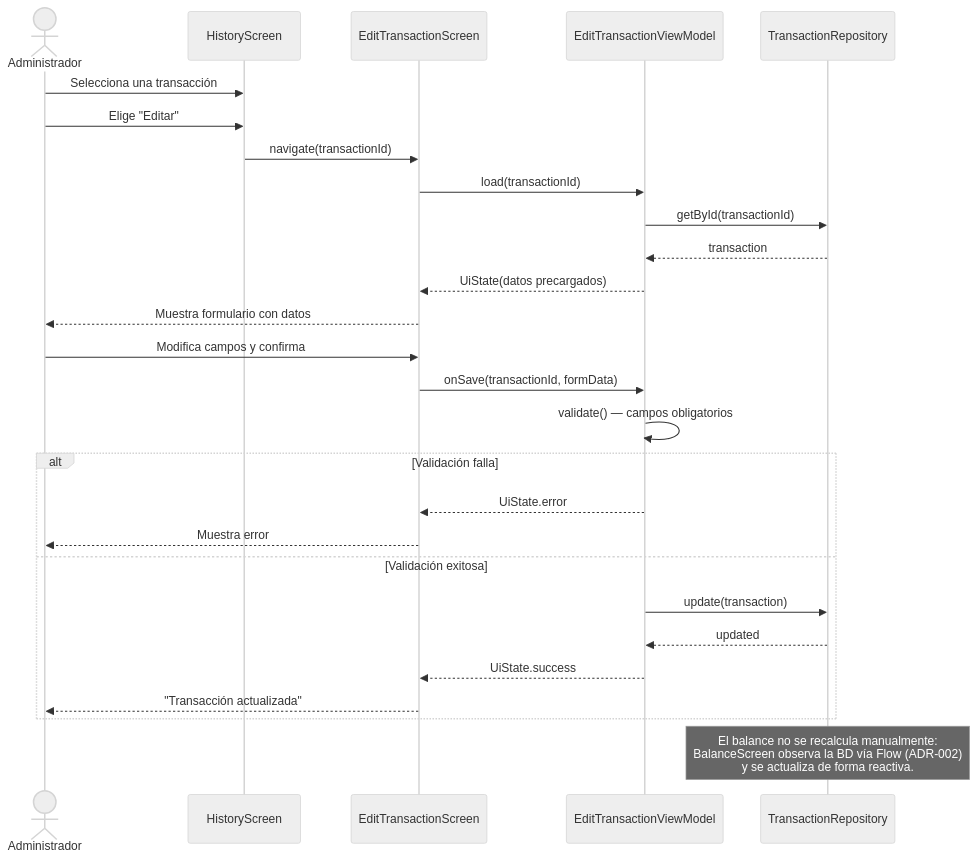
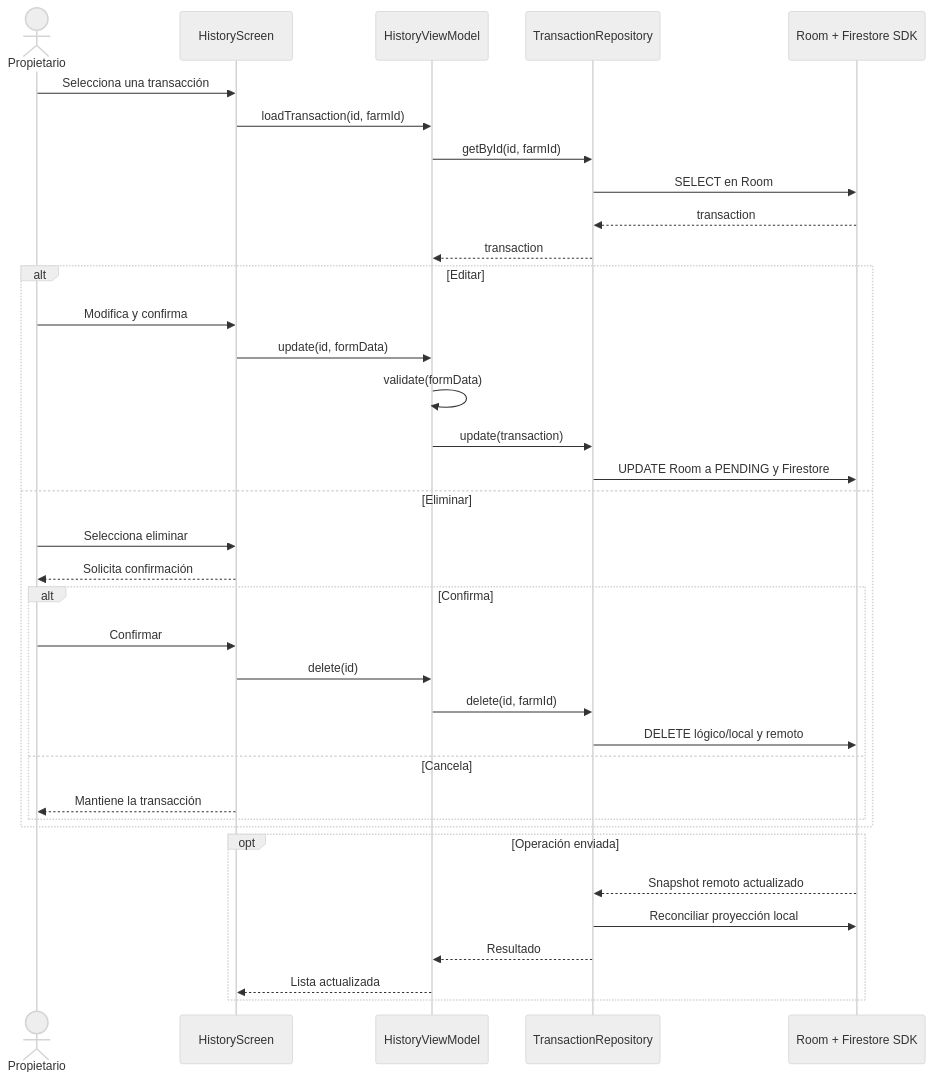
The third of 11 diagrams in docs/3-casos-uso-uml/diagramas_secuencia.md (PUJ-ICM-1131/SGE), drawn with Mermaid (neutral theme) before and after one commit. The commit also changed other lines of this file and 1 other file, not shown here.

Commit message:
diagramas de secuencia y actividad

````diff
--- a/docs/3-casos-uso-uml/diagramas_secuencia.md
+++ b/docs/3-casos-uso-uml/diagramas_secuencia.md
@@ -100,33 +121,39 @@
 ```mermaid
 sequenceDiagram
-    actor Admin as Administrador
-    participant Hist as HistoryScreen
-    participant Edit as EditTransactionScreen
-    participant VM as EditTransactionViewModel
+    actor Propietario
+    participant UI as HistoryScreen
+    participant VM as HistoryViewModel
     participant Repo as TransactionRepository
+    participant Data as Room + Firestore SDK
 
-    Admin->>Hist: Selecciona una transacción
-    Admin->>Hist: Elige "Editar"
-    Hist->>Edit: navigate(transactionId)
-    Edit->>VM: load(transactionId)
-    VM->>Repo: getById(transactionId)
+    Propietario->>UI: Selecciona una transacción
+    UI->>VM: loadTransaction(id, farmId)
+    VM->>Repo: getById(id, farmId)
+    Repo->>Data: SELECT en Room
+    Data-->>Repo: transaction
     Repo-->>VM: transaction
-    VM-->>Edit: UiState(datos precargados)
-    Edit-->>Admin: Muestra formulario con datos
-
-    Admin->>Edit: Modifica campos y confirma
-    Edit->>VM: onSave(transactionId, formData)
-    VM->>VM: validate() — campos obligatorios
-
-    alt Validación falla
-        VM-->>Edit: UiState.error
-        Edit-->>Admin: Muestra error
-    else Validación exitosa
+    alt Editar
+        Propietario->>UI: Modifica y confirma
+        UI->>VM: update(id, formData)
+        VM->>VM: validate(formData)
         VM->>Repo: update(transaction)
-        Repo-->>VM: updated
-        VM-->>Edit: UiState.success
-        Edit-->>Admin: "Transacción actualizada"
+        Repo->>Data: UPDATE Room a PENDING y Firestore
+    else Eliminar
+        Propietario->>UI: Selecciona eliminar
+        UI-->>Propietario: Solicita confirmación
+        alt Confirma
+            Propietario->>UI: Confirmar
+            UI->>VM: delete(id)
+            VM->>Repo: delete(id, farmId)
+            Repo->>Data: DELETE lógico/local y remoto
+        else Cancela
+            UI-->>Propietario: Mantiene la transacción
+        end
     end
-
-    Note over Repo: El balance no se recalcula manualmente:<br/>BalanceScreen observa la BD vía Flow (ADR-002)<br/>y se actualiza de forma reactiva.
+    opt Operación enviada
+        Data-->>Repo: Snapshot remoto actualizado
+        Repo->>Data: Reconciliar proyección local
+        Repo-->>VM: Resultado
+        VM-->>UI: Lista actualizada
+    end
 ```
````
